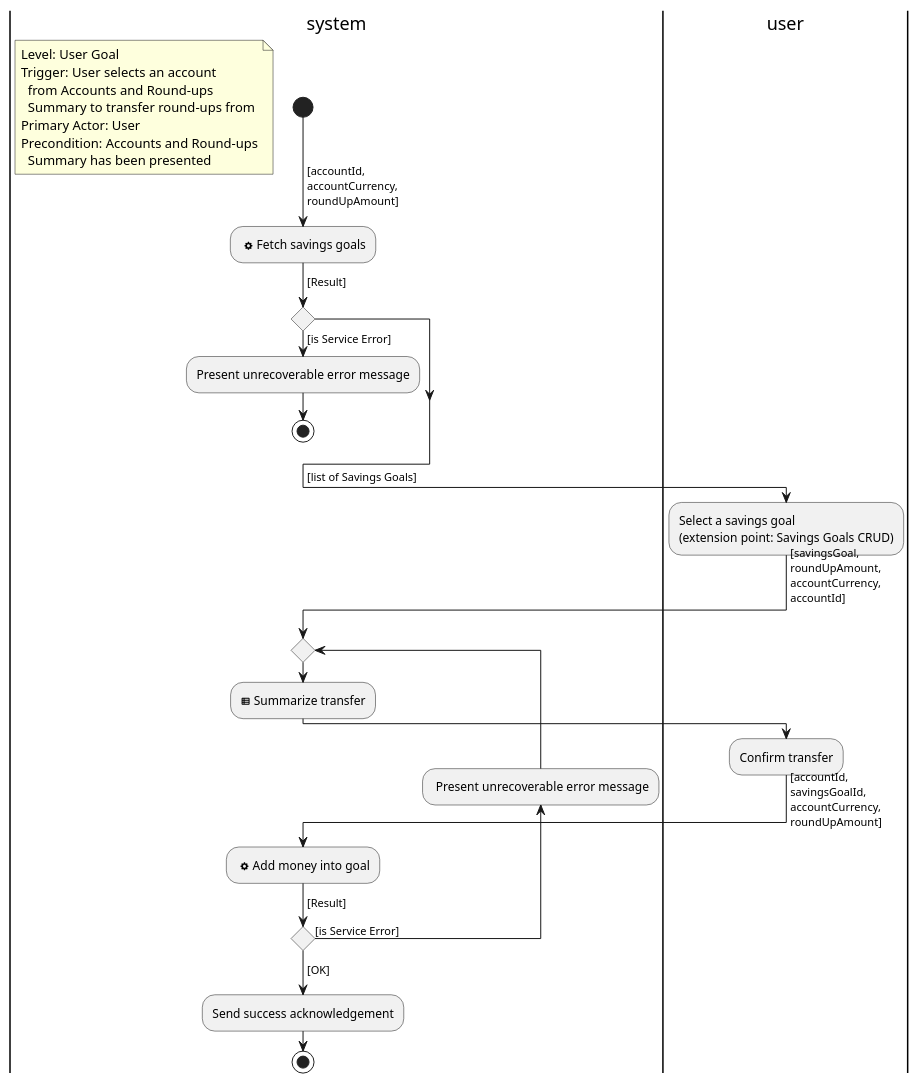
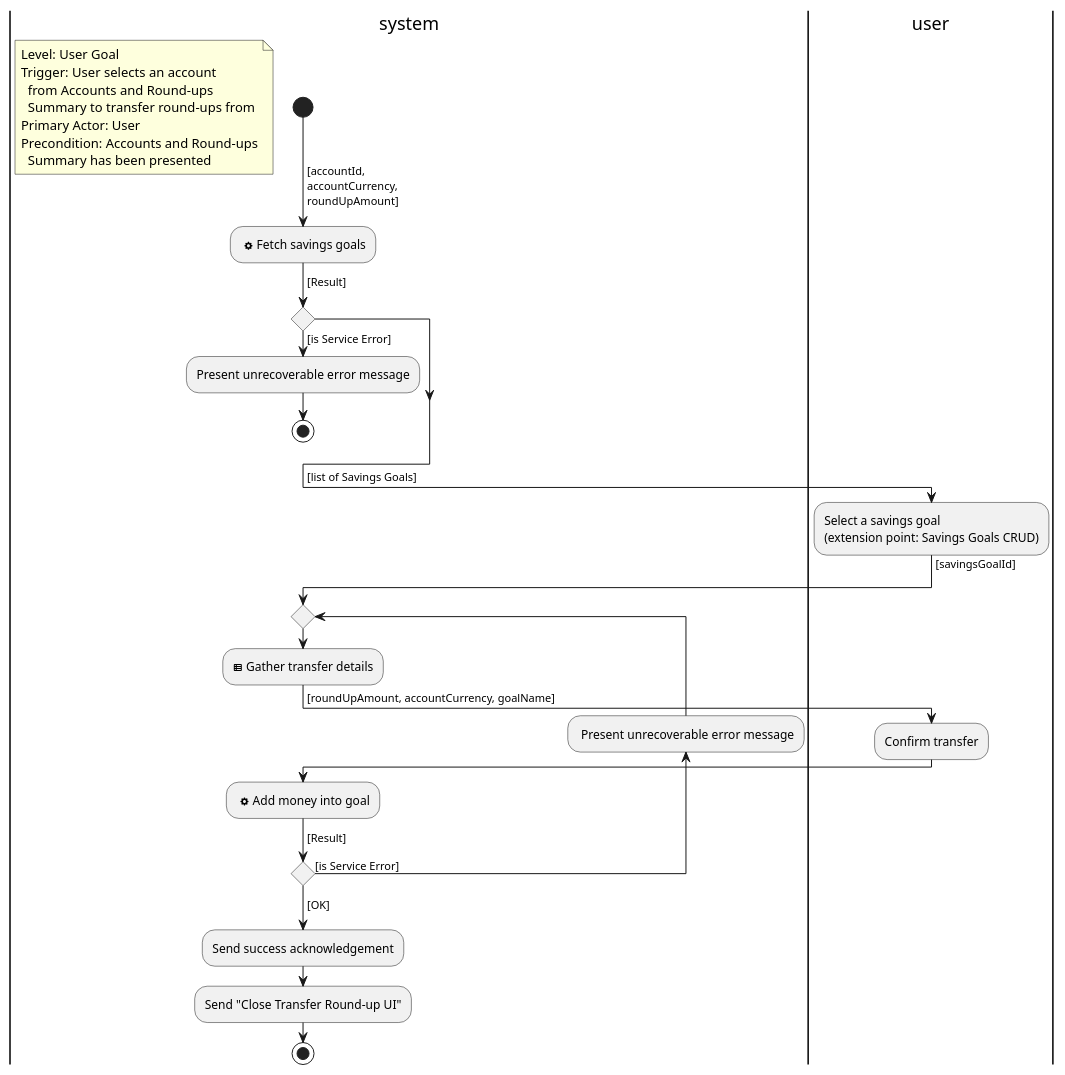
One commit to hristo-stefanov/MiniBankingDemo changed the diagram in diagrams/User Goal/Transfer Round-up Activity Diagram.puml. Above: the diagram before and after it, drawn with PlantUML.

Commit message:
Update Transfer Round-up Activity Diagram.puml

```diff
--- a/diagrams/User Goal/Transfer Round-up Activity Diagram.puml
+++ b/diagrams/User Goal/Transfer Round-up Activity Diagram.puml
@@ -1,75 +1,67 @@
 @startuml
 'https://plantuml.com/activity-diagram-beta
 
 |system|
 start
 
 floating note left
 Level: User Goal
 Trigger: User selects an account
   from Accounts and Round-ups
   Summary to transfer round-ups from
 Primary Actor: User
 Precondition: Accounts and Round-ups
   Summary has been presented
 endnote
 
 'passed to SavingsGoalsFragment
 -> [accountId,
 accountCurrency,
 roundUpAmount];
 
-'ListSavingGoalsInteractor
 : <&cog> Fetch savings goals;
 -> [Result];
 
-'SavingsGoalsViewModel
 if () then ([is Service Error])
     'displays a dialog, not a snackbar
     'doesn't return to the main screen
     :Present unrecoverable error message; <<sendSignal>>
     stop
 endif
 
 -> [list of Savings Goals];
 
 |user|
 :Select a savings goal
 (extension point: Savings Goals CRUD);
 
 |system|
-'passed to TransferConfirmationFragment
-->[savingsGoal,
-roundUpAmount,
-accountCurrency,
-accountId]
+->[savingsGoalId]
 ;
 
 repeat
-'TransferConfirmationViewModel
-:<&spreadsheet> Summarize transfer;
+:<&spreadsheet> Gather transfer details;
+
+-> [roundUpAmount, accountCurrency, goalName] ;
 
 |user|
 :Confirm transfer;
--> [accountId,
-savingsGoalId,
-accountCurrency,
-roundUpAmount];
 |system|
 'AddMoneyIntoGoalInteractor
 : <&cog> Add money into goal;
 -> [Result];
 
 'displays a dialog, not a snackbar
 backward: Present unrecoverable error message; <<sendSignal>>
 
 repeat while () is ([is Service Error])
 -> [OK];
 
-'TransferConfirmationViewModel
-'and returns to the main screen - navigationChannel.send(Navigation.Before(R.id.savingsGoalsDestination))
 :Send success acknowledgement; <<sendSignal>>
+
+'returns to the main screen - navigationChannel.send(Navigation.Before(R.id.savingsGoalsDestination))
+:Send "Close Transfer Round-up UI"; <<sendSignal>>
 
 stop
 
 @enduml
```
